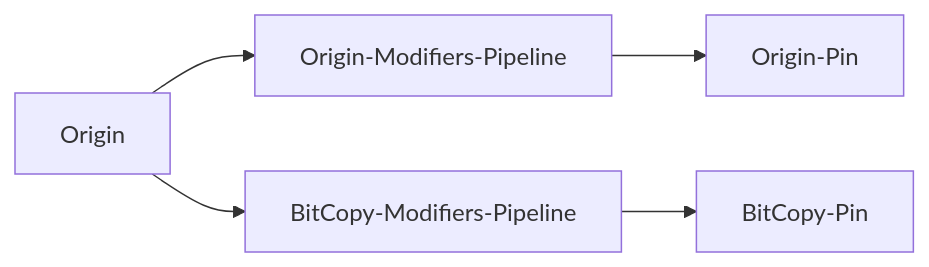
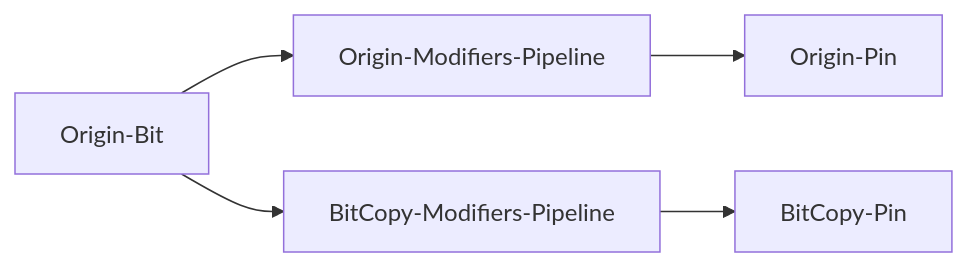
One commit to multigcs/riocore changed the diagram in riocore/plugins/bitcopy/README.md. Above: the diagram before and after it, drawn with Mermaid.

Commit message:
bitcopy readme

````diff
--- a/riocore/plugins/bitcopy/README.md
+++ b/riocore/plugins/bitcopy/README.md
@@ -6,5 +6,5 @@
 ```mermaid
 graph LR;
-    Origin-->Origin-Modifiers-Pipeline-->Origin-Pin;
-    Origin-->BitCopy-Modifiers-Pipeline-->BitCopy-Pin;
+    Origin-Bit-->Origin-Modifiers-Pipeline-->Origin-Pin;
+    Origin-Bit-->BitCopy-Modifiers-Pipeline-->BitCopy-Pin;
 ```
````
